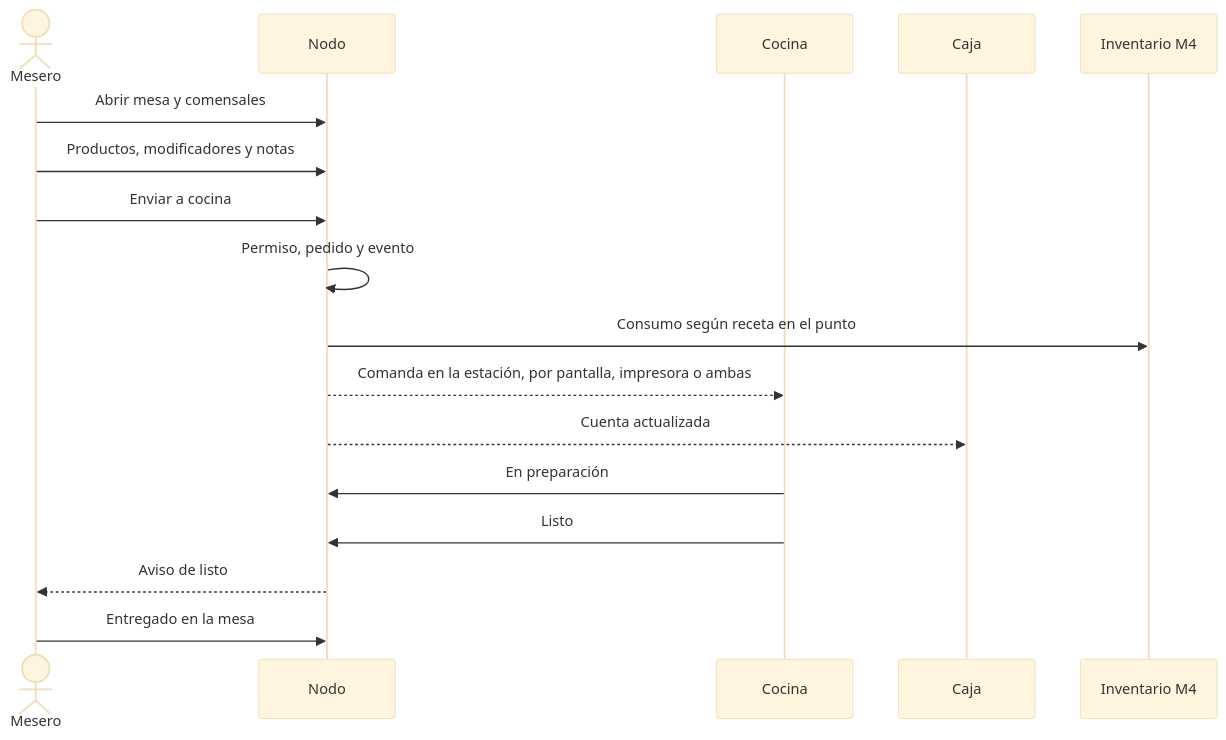
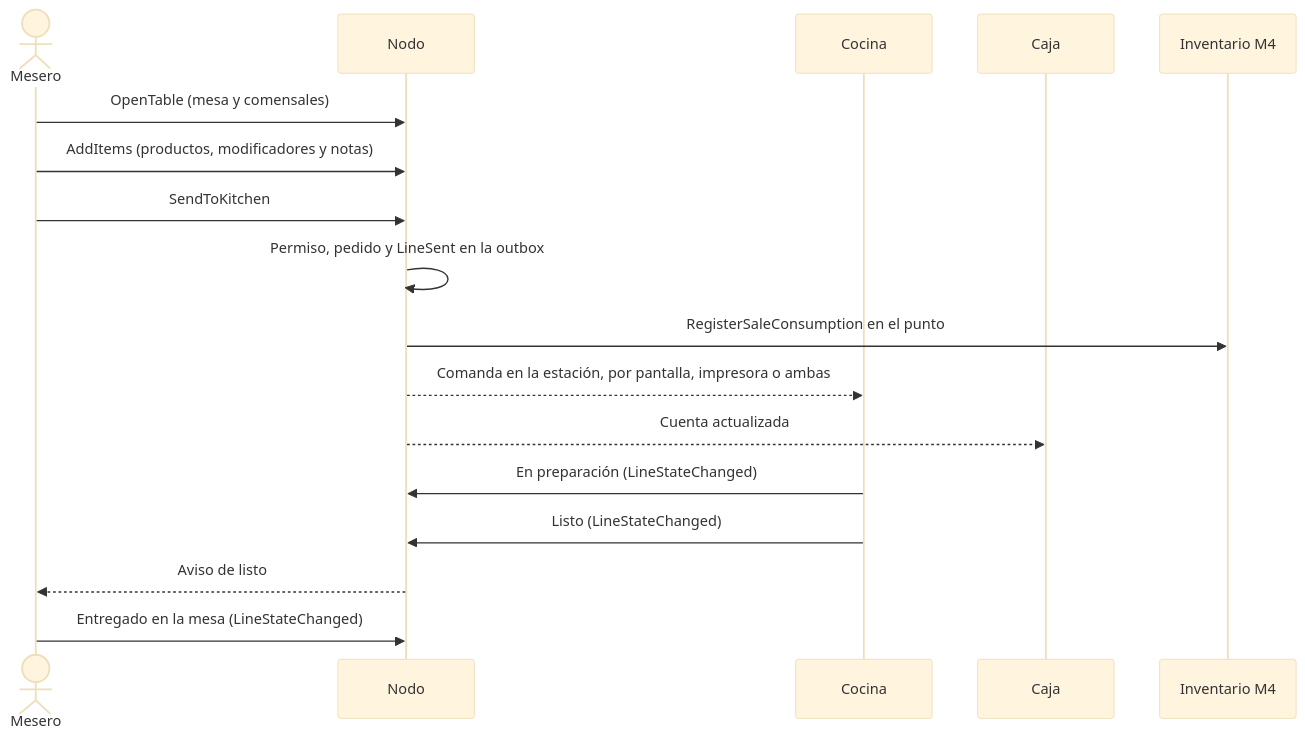
The first of 8 diagrams in docs/flujos/m1-pedidos-y-salon.md (CesarJOtizM/blackHole), drawn with Mermaid (base theme) before and after one commit. The commit also changed other lines of this file and 159 other files, not shown here.

````diff
--- a/docs/flujos/m1-pedidos-y-salon.md
+++ b/docs/flujos/m1-pedidos-y-salon.md
@@ -28,20 +28,20 @@
 ```mermaid
 sequenceDiagram
   actor Mesero
   participant Nodo
   participant Cocina as Cocina
   participant Caja
   participant Inv as Inventario M4
 
-  Mesero->>Nodo: Abrir mesa y comensales
-  Mesero->>Nodo: Productos, modificadores y notas
-  Mesero->>Nodo: Enviar a cocina
-  Nodo->>Nodo: Permiso, pedido y evento
-  Nodo->>Inv: Consumo según receta en el punto
+  Mesero->>Nodo: OpenTable (mesa y comensales)
+  Mesero->>Nodo: AddItems (productos, modificadores y notas)
+  Mesero->>Nodo: SendToKitchen
+  Nodo->>Nodo: Permiso, pedido y LineSent en la outbox
+  Nodo->>Inv: RegisterSaleConsumption en el punto
   Nodo-->>Cocina: Comanda en la estación, por pantalla, impresora o ambas
   Nodo-->>Caja: Cuenta actualizada
-  Cocina->>Nodo: En preparación
-  Cocina->>Nodo: Listo
+  Cocina->>Nodo: En preparación (LineStateChanged)
+  Cocina->>Nodo: Listo (LineStateChanged)
   Nodo-->>Mesero: Aviso de listo
-  Mesero->>Nodo: Entregado en la mesa
+  Mesero->>Nodo: Entregado en la mesa (LineStateChanged)
 ```
````
